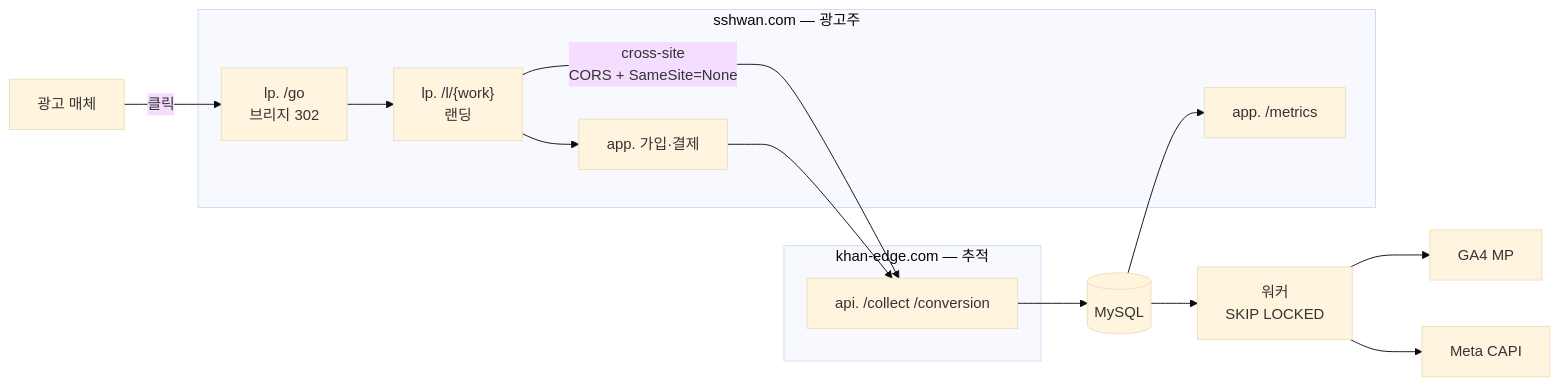
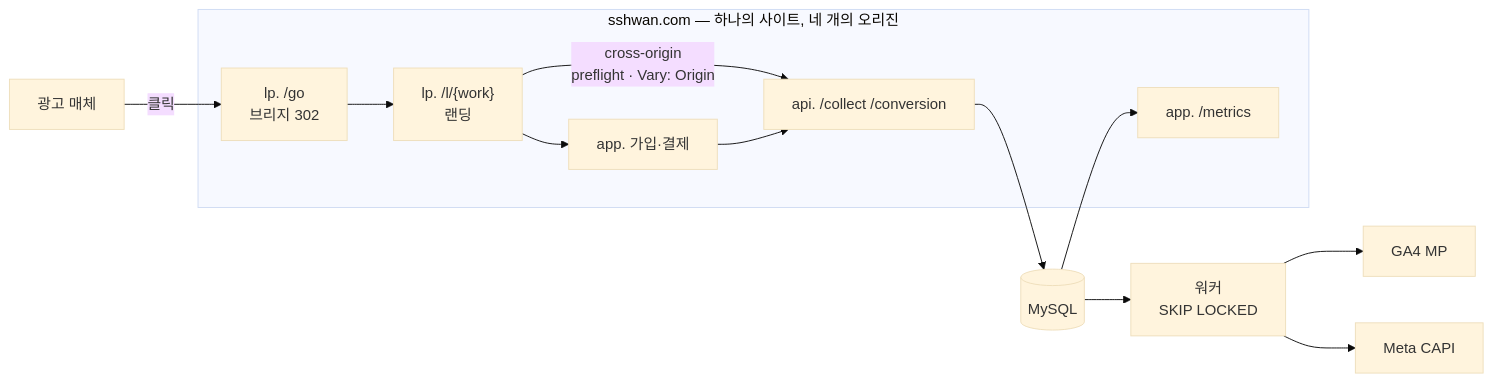
One commit to http1220/touchpoint changed the diagram in README.md. Above: the diagram before and after it, drawn with Mermaid (base theme). The commit also changed other lines of this file and 14 other files, not shown here.

````diff
--- a/README.md
+++ b/README.md
@@ -18,18 +18,16 @@
 ```mermaid
 flowchart LR
     AD["광고 매체"] -->|"클릭"| BR
-    subgraph SHOP["sshwan.com — 광고주"]
+    subgraph SITE["sshwan.com — 하나의 사이트, 네 개의 오리진"]
         BR["lp. /go<br/>브리지 302"] --> LP["lp. /l/{work}<br/>랜딩"]
         APP["app. 가입·결제"]
         MET["app. /metrics"]
-    end
-    subgraph TRACK["khan-edge.com — 추적"]
         API["api. /collect /conversion"]
     end
-    LP -->|"cross-site<br/>CORS + SameSite=None"| API
+    LP -->|"cross-origin<br/>preflight · Vary: Origin"| API
     LP --> APP --> API
     API --> DB[("MySQL")] --> W["워커<br/>SKIP LOCKED"]
     W --> GA["GA4 MP"]
     W --> META["Meta CAPI"]
     DB --> MET
 ```
````
